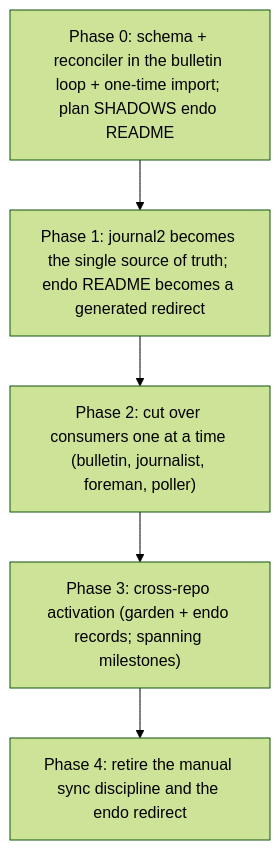
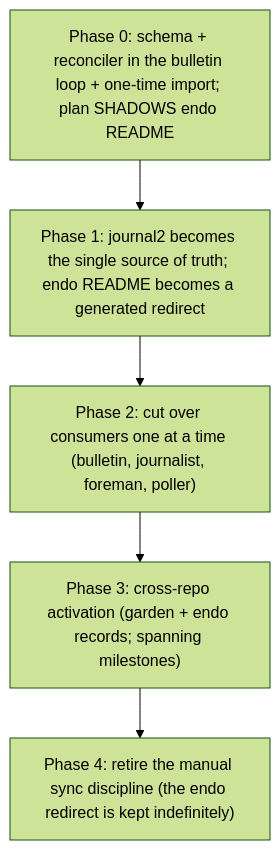
Before and after one commit to kriscendobot/garden: the second of 2 diagrams in designs/plan-in-journal.md, drawn with Mermaid (forest theme). The commit also changed other lines of this file, not shown here.

````diff
--- a/designs/plan-in-journal.md
+++ b/designs/plan-in-journal.md
@@ -229,9 +251,9 @@
 ```mermaid
 flowchart TD
   P0["Phase 0: schema + reconciler in the bulletin loop + one-time import; plan SHADOWS endo README"]
   P1["Phase 1: journal2 becomes the single source of truth; endo README becomes a generated redirect"]
   P2["Phase 2: cut over consumers one at a time (bulletin, journalist, foreman, poller)"]
   P3["Phase 3: cross-repo activation (garden + endo records; spanning milestones)"]
-  P4["Phase 4: retire the manual sync discipline and the endo redirect"]
+  P4["Phase 4: retire the manual sync discipline (the endo redirect is kept indefinitely)"]
   P0 --> P1 --> P2 --> P3 --> P4
 ```
````
